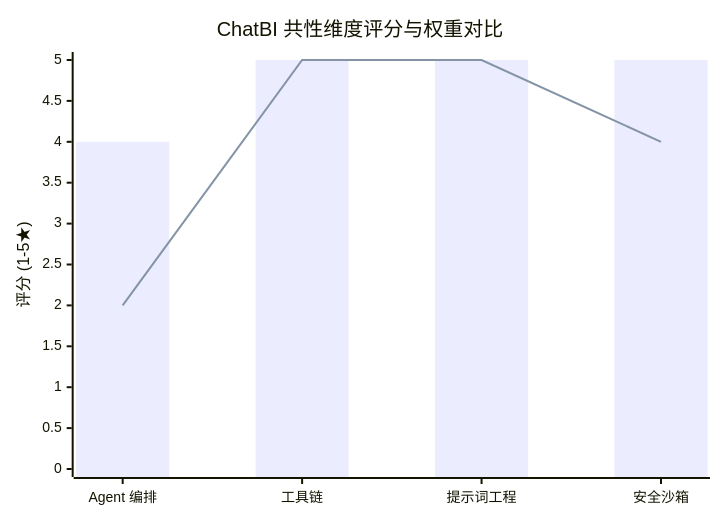
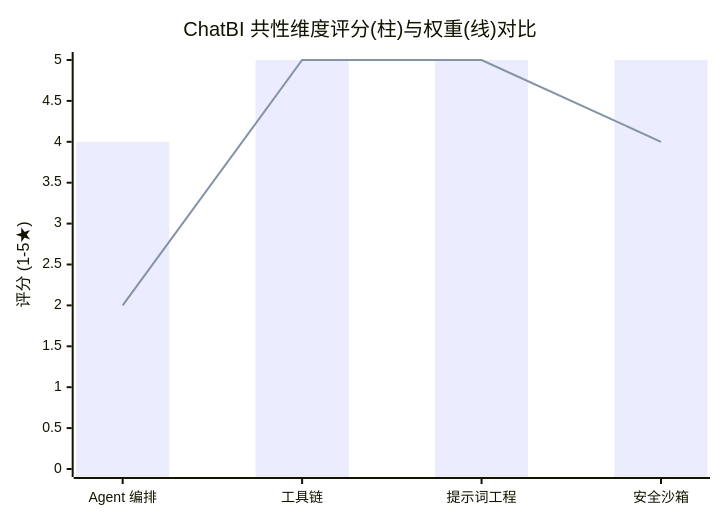
Before and after one commit to az1615962561-crypto/ai-harness-analyzer: the third of 6 diagrams in reports/chatbi.md, drawn with Mermaid. The commit also changed other lines of this file and 21 other files, not shown here.

Commit message:
Refine Mermaid strategy: selective high-signal charts for multi-dim & complex mechanisms only

````diff
--- a/reports/chatbi.md
+++ b/reports/chatbi.md
@@ -122,8 +111,8 @@
 ```mermaid
 xychart-beta
-    title "ChatBI 共性维度评分与权重对比"
+    title "ChatBI 共性维度评分(柱)与权重(线)对比"
     x-axis ["Agent 编排", "工具链", "提示词工程", "安全沙箱"]
     y-axis "评分 (1-5★)" 0 --> 5
     bar [4, 5, 5, 5]
     line [2, 5, 5, 4]
 ```
````
